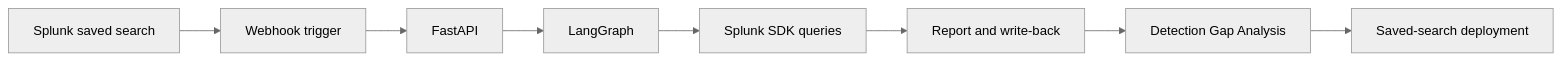
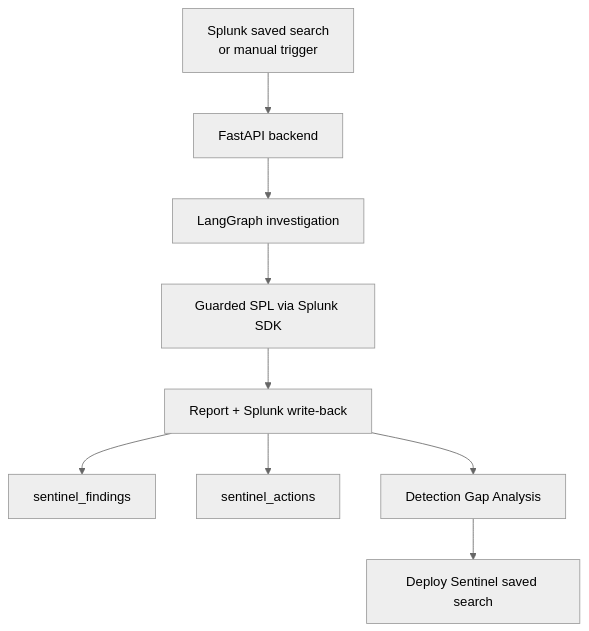
One commit to Asembris/splunk-sentinel changed the second of 5 diagrams in architecture_diagram.md. Above: the diagram before and after it, drawn with Mermaid (neutral theme).

Commit message:
docs: refine Splunk integration diagram

````diff
--- a/architecture_diagram.md
+++ b/architecture_diagram.md
@@ -52,19 +52,21 @@
 ```mermaid
-flowchart LR
-    SavedSearch["Splunk saved search"]
-    Webhook["Webhook trigger"]
-    API["FastAPI"]
-    Graph["LangGraph"]
-    SDK["Splunk SDK queries"]
-    Report["Report and write-back"]
+flowchart TD
+    Start["Splunk saved search<br/>or manual trigger"]
+    API["FastAPI backend"]
+    Graph["LangGraph investigation"]
+    SDK["Guarded SPL via Splunk SDK"]
+    Report["Report + Splunk write-back"]
+    Findings["sentinel_findings"]
+    Actions["sentinel_actions"]
     Gaps["Detection Gap Analysis"]
-    Deploy["Saved-search deployment"]
+    Deploy["Deploy Sentinel saved search"]
 
-    SavedSearch --> Webhook
-    Webhook --> API
+    Start --> API
     API --> Graph
     Graph --> SDK
     SDK --> Report
+    Report --> Findings
+    Report --> Actions
     Report --> Gaps
     Gaps --> Deploy
 ```
````
